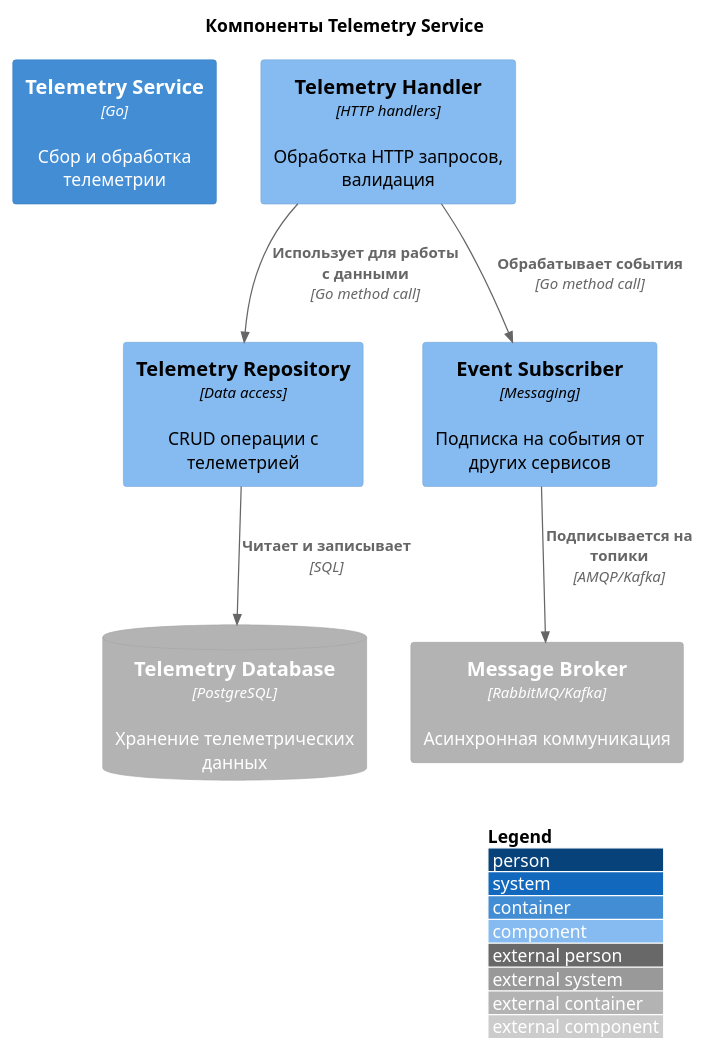
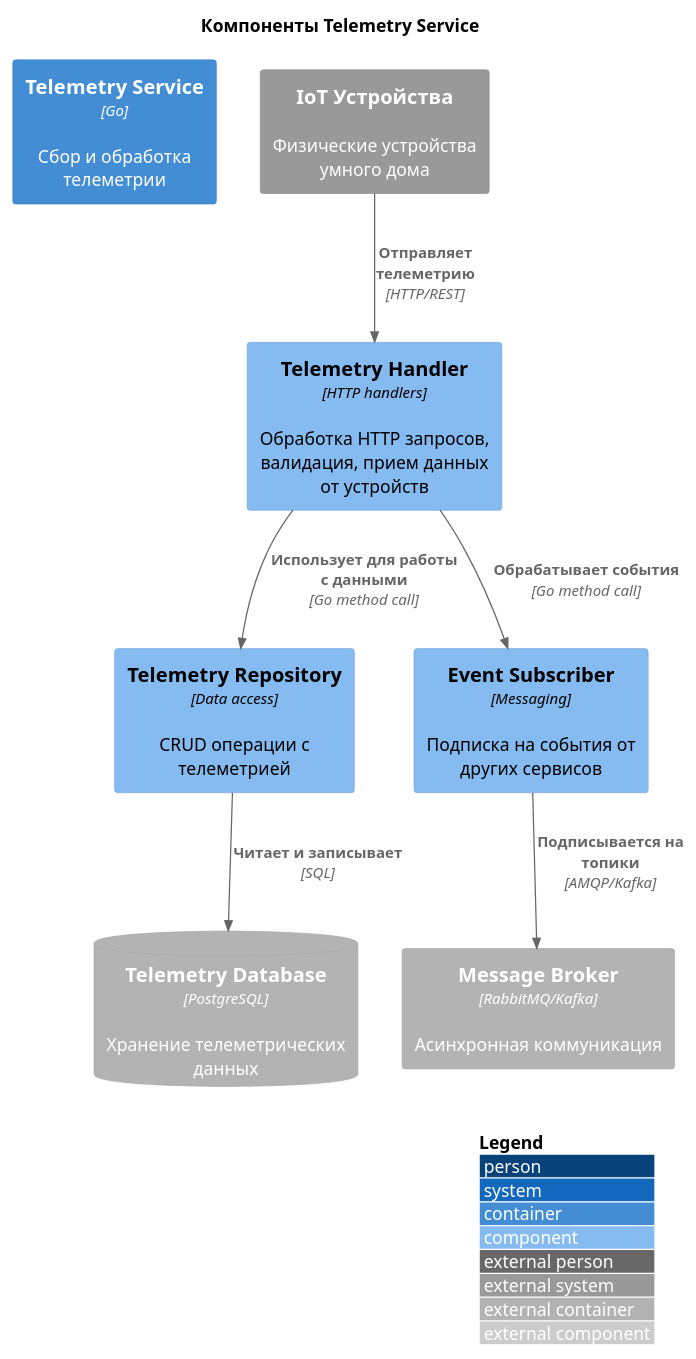
The fourth of 8 diagrams in README.md (Yandex-Practicum/architecture-pro-warmhouse), drawn with PlantUML before and after one commit. The commit also changed other lines of this file, not shown here.

````diff
--- a/README.md
+++ b/README.md
@@ -181,24 +187,26 @@
 ```plantuml
 @startuml
 !include https://raw.githubusercontent.com/plantuml-stdlib/C4-PlantUML/master/C4_Component.puml
 
 LAYOUT_WITH_LEGEND()
 
 title Компоненты Telemetry Service
 
 Container(telemetry_service, "Telemetry Service", "Go", "Сбор и обработка телеметрии")
 
-Component(telemetry_handler, "Telemetry Handler", "HTTP handlers", "Обработка HTTP запросов, валидация")
+Component(telemetry_handler, "Telemetry Handler", "HTTP handlers", "Обработка HTTP запросов, валидация, прием данных от устройств")
 Component(telemetry_repository, "Telemetry Repository", "Data access", "CRUD операции с телеметрией")
 Component(event_subscriber, "Event Subscriber", "Messaging", "Подписка на события от других сервисов")
 
 ContainerDb_Ext(telemetry_db, "Telemetry Database", "PostgreSQL", "Хранение телеметрических данных")
 Container_Ext(message_broker, "Message Broker", "RabbitMQ/Kafka", "Асинхронная коммуникация")
+System_Ext(iot_devices, "IoT Устройства", "Физические устройства умного дома")
 
+Rel(iot_devices, telemetry_handler, "Отправляет телеметрию", "HTTP/REST")
 Rel(telemetry_handler, telemetry_repository, "Использует для работы с данными", "Go method call")
 Rel(telemetry_handler, event_subscriber, "Обрабатывает события", "Go method call")
 Rel(telemetry_repository, telemetry_db, "Читает и записывает", "SQL")
 Rel(event_subscriber, message_broker, "Подписывается на топики", "AMQP/Kafka")
 
 @enduml
 ```
````
